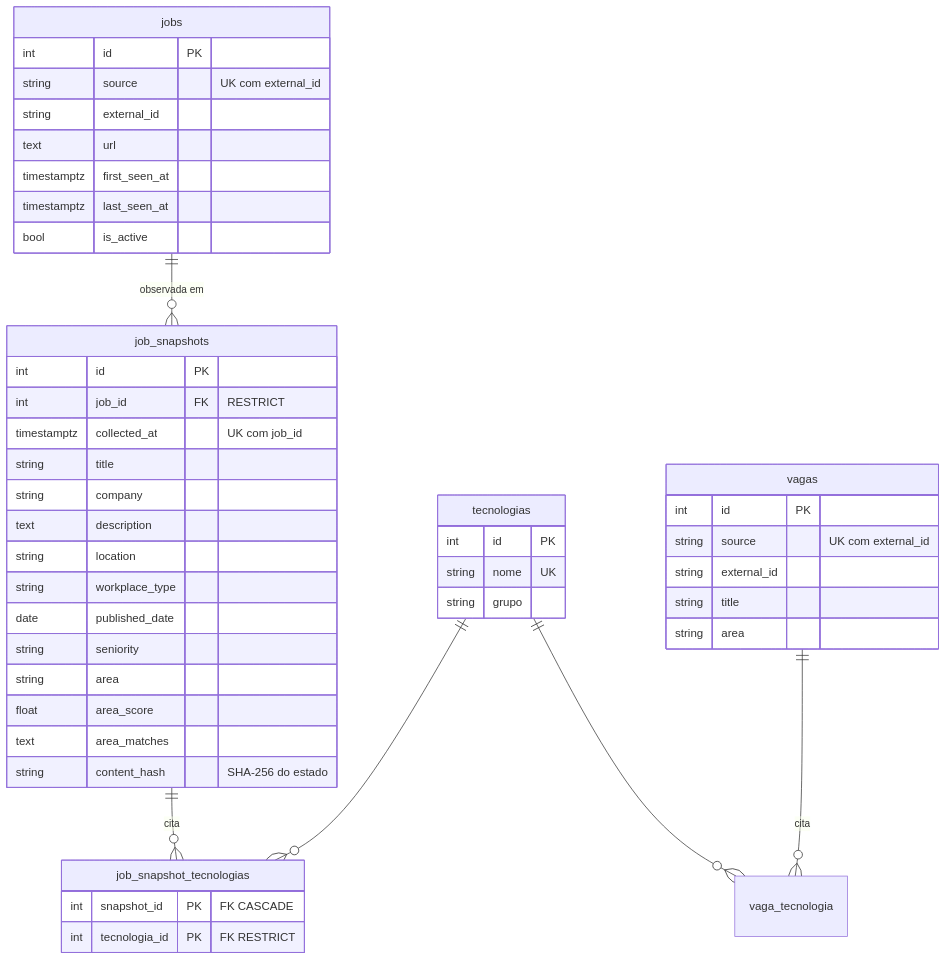
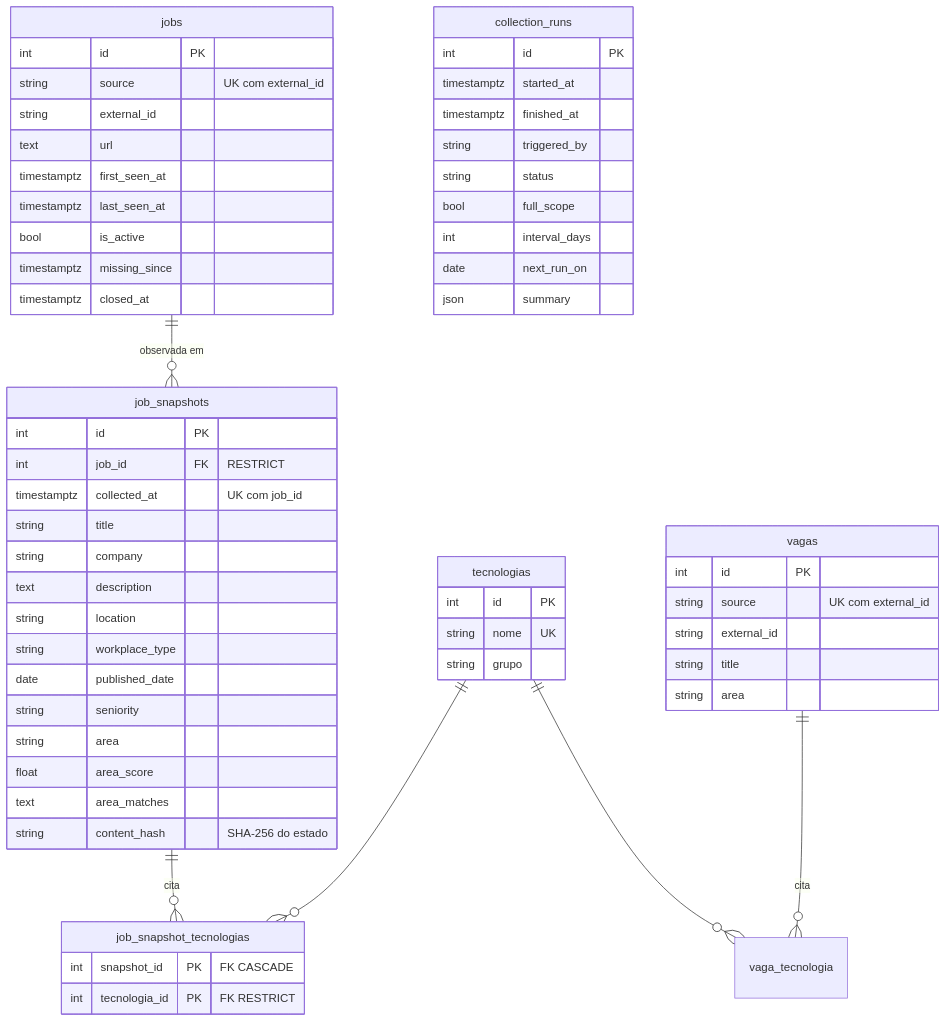
The diagram in docs/data-model.md (EmidioLP/vagas-tech-junior), drawn with Mermaid before and after one commit. The commit also changed other lines of this file and 23 other files, not shown here.

````diff
--- a/docs/data-model.md
+++ b/docs/data-model.md
@@ -13,50 +16,63 @@
 ```mermaid
 erDiagram
     jobs ||--o{ job_snapshots : "observada em"
     job_snapshots ||--o{ job_snapshot_tecnologias : cita
     tecnologias ||--o{ job_snapshot_tecnologias : ""
     vagas ||--o{ vaga_tecnologia : cita
     tecnologias ||--o{ vaga_tecnologia : ""
 
     jobs {
         int id PK
         string source "UK com external_id"
         string external_id
         text url
         timestamptz first_seen_at
         timestamptz last_seen_at
         bool is_active
+        timestamptz missing_since
+        timestamptz closed_at
     }
     job_snapshots {
         int id PK
         int job_id FK "RESTRICT"
         timestamptz collected_at "UK com job_id"
         string title
         string company
         text description
         string location
         string workplace_type
         date published_date
         string seniority
         string area
         float area_score
         text area_matches
         string content_hash "SHA-256 do estado"
     }
     job_snapshot_tecnologias {
         int snapshot_id PK "FK CASCADE"
         int tecnologia_id PK "FK RESTRICT"
     }
     tecnologias {
         int id PK
         string nome UK
         string grupo
     }
     vagas {
         int id PK
         string source "UK com external_id"
         string external_id
         string title
         string area
     }
+    collection_runs {
+        int id PK
+        timestamptz started_at
+        timestamptz finished_at
+        string triggered_by
+        string status
+        bool full_scope
+        int interval_days
+        date next_run_on
+        json summary
+    }
 ```
````
